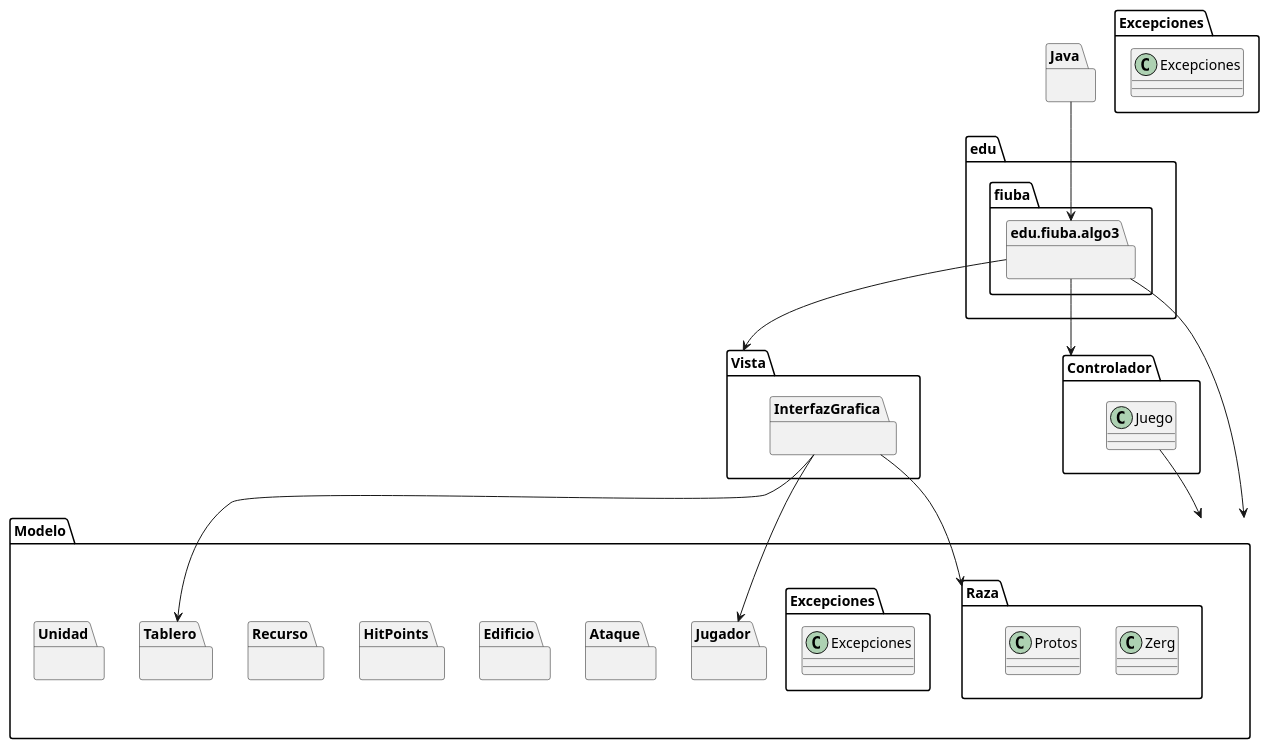
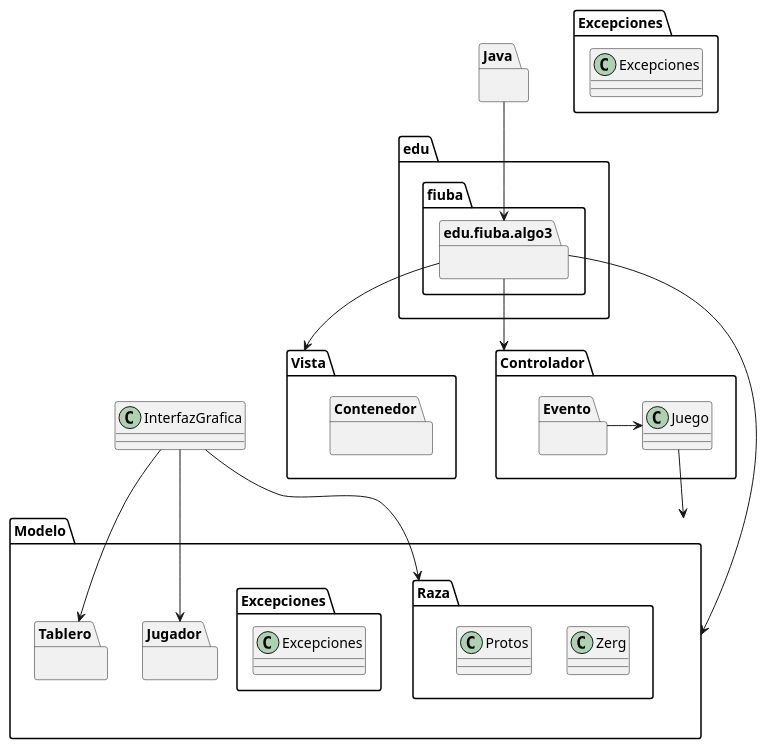
Before and after one commit to nicolasgirardi/algo3_TP2_AlgoStar: the diagram in diagrams/packages/DiagramaDePAquete1.puml, drawn with PlantUML. The commit also changed 2 other files, not shown here.

Commit message:
actualizo un par de diagramas

```diff
--- a/diagrams/packages/DiagramaDePAquete1.puml
+++ b/diagrams/packages/DiagramaDePAquete1.puml
@@ -1,50 +1,48 @@
 @startuml
 package Java{}
 
 package edu.fiuba.algo3{}
 
 package Vista{
-    package InterfazGrafica{}
+    package Contenedor{}
     }
 
 package Controlador{
     class Juego
+    package Evento{}
+
     }
 
 package  Modelo{
 
     package Jugador {}
-    package Ataque {}
-    package Edificio {}
-    package HitPoints {}
 
     package Raza {
         class Zerg
         class Protos
         }
-    package Recurso {}
 
     package Tablero {}
 
-    package Unidad {}
 
     package Excepciones {
         class Excepciones
         }
     }
 
 package Excepciones {
     class Excepciones
     }
 
 Java --> edu.fiuba.algo3
 edu.fiuba.algo3 --> Modelo
 edu.fiuba.algo3 --> Vista
 edu.fiuba.algo3 --> Controlador
 InterfazGrafica --> Raza
+Evento -> Juego
 InterfazGrafica --> Jugador
 InterfazGrafica --> Tablero
 Juego --> Modelo
 
 
 @enduml
```
